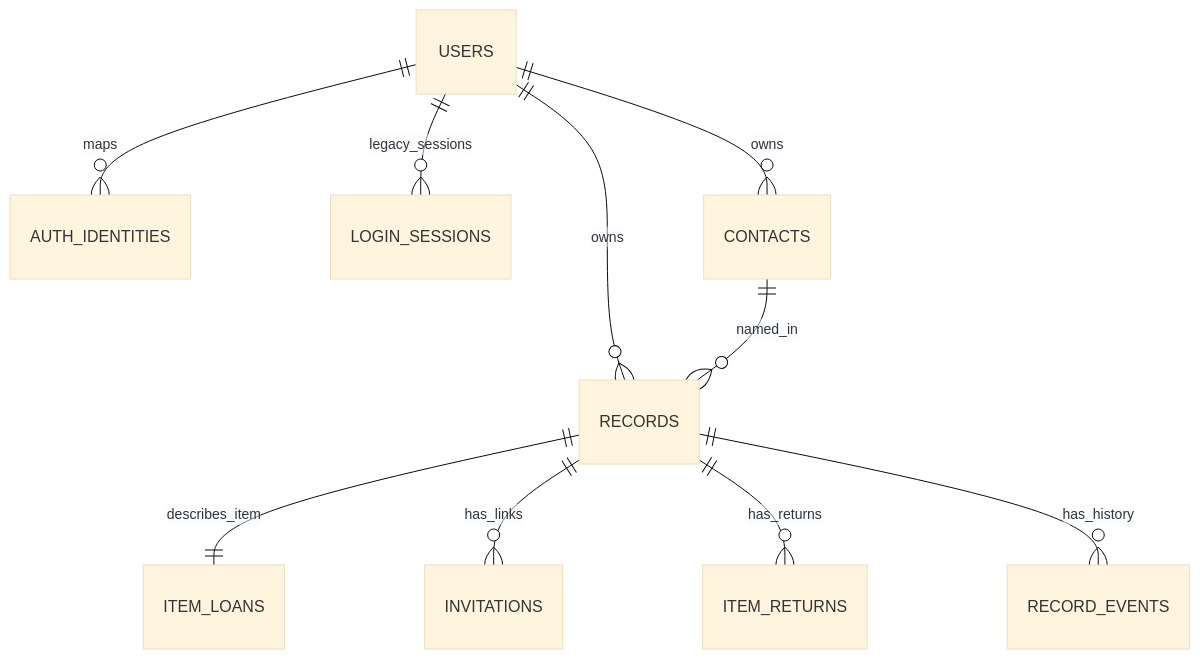
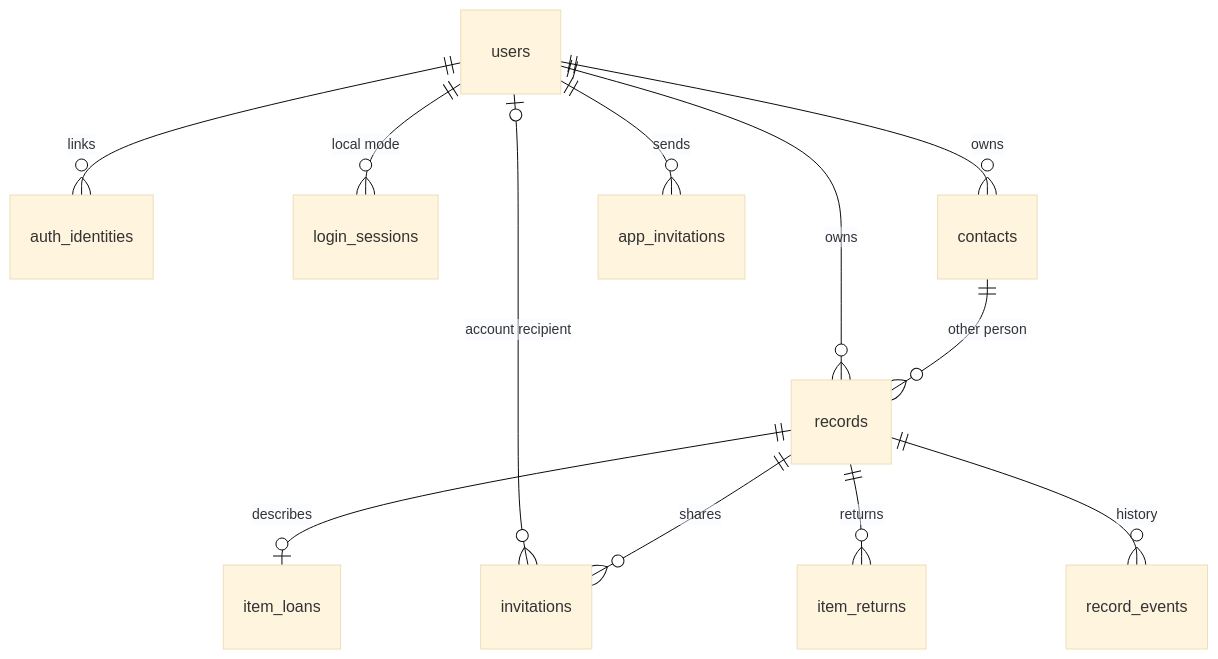
Before and after one commit to gopikrishnagajam/udhaar: the second of 2 diagrams in docs/understanding-the-setup.md, drawn with Mermaid (base theme). The commit also changed other lines of this file and 31 other files, not shown here.

````diff
--- a/docs/understanding-the-setup.md
+++ b/docs/understanding-the-setup.md
@@ -249,12 +29,14 @@
 ```mermaid
 erDiagram
-    USERS ||--o{ AUTH_IDENTITIES : maps
-    USERS ||--o{ LOGIN_SESSIONS : legacy_sessions
-    USERS ||--o{ CONTACTS : owns
-    USERS ||--o{ RECORDS : owns
-    CONTACTS ||--o{ RECORDS : named_in
-    RECORDS ||--|| ITEM_LOANS : describes_item
-    RECORDS ||--o{ INVITATIONS : has_links
-    RECORDS ||--o{ ITEM_RETURNS : has_returns
-    RECORDS ||--o{ RECORD_EVENTS : has_history
+    users ||--o{ auth_identities : links
+    users ||--o{ login_sessions : "local mode"
+    users ||--o{ contacts : owns
+    users ||--o{ records : owns
+    users ||--o{ app_invitations : sends
+    users o|--o{ invitations : "account recipient"
+    contacts ||--o{ records : "other person"
+    records ||--o| item_loans : describes
+    records ||--o{ invitations : shares
+    records ||--o{ item_returns : returns
+    records ||--o{ record_events : history
 ```
````
